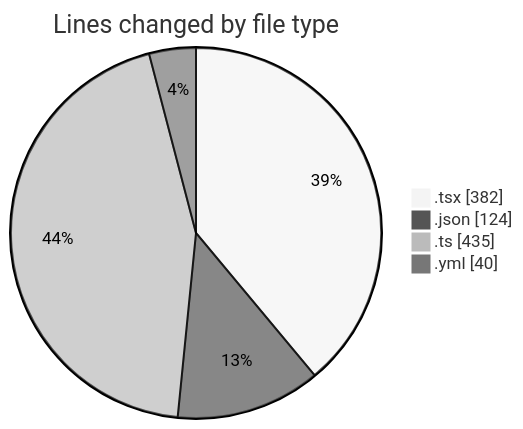
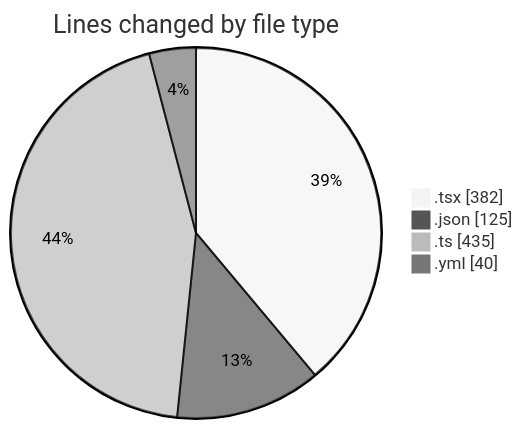
The first of 2 diagrams in 2025-11-28/eventscop-frontend-guide__workspace_/README.md (julien-gomy/code-tracking), drawn with Mermaid (neutral theme) before and after one commit. The commit also changed other lines of this file and 1 other file, not shown here.

````diff
--- a/2025-11-28/eventscop-frontend-guide__workspace_/README.md
+++ b/2025-11-28/eventscop-frontend-guide__workspace_/README.md
@@ -26,8 +27,8 @@
 ```mermaid
 pie showData
 title Lines changed by file type
 ".tsx" : 382
-".json" : 124
+".json" : 125
 ".ts" : 435
 ".yml" : 40
 ```
````
